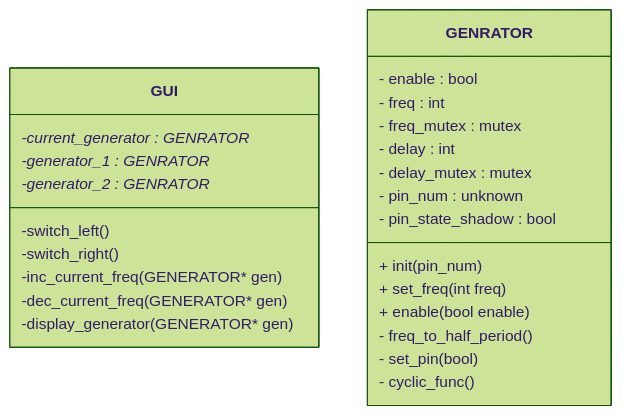
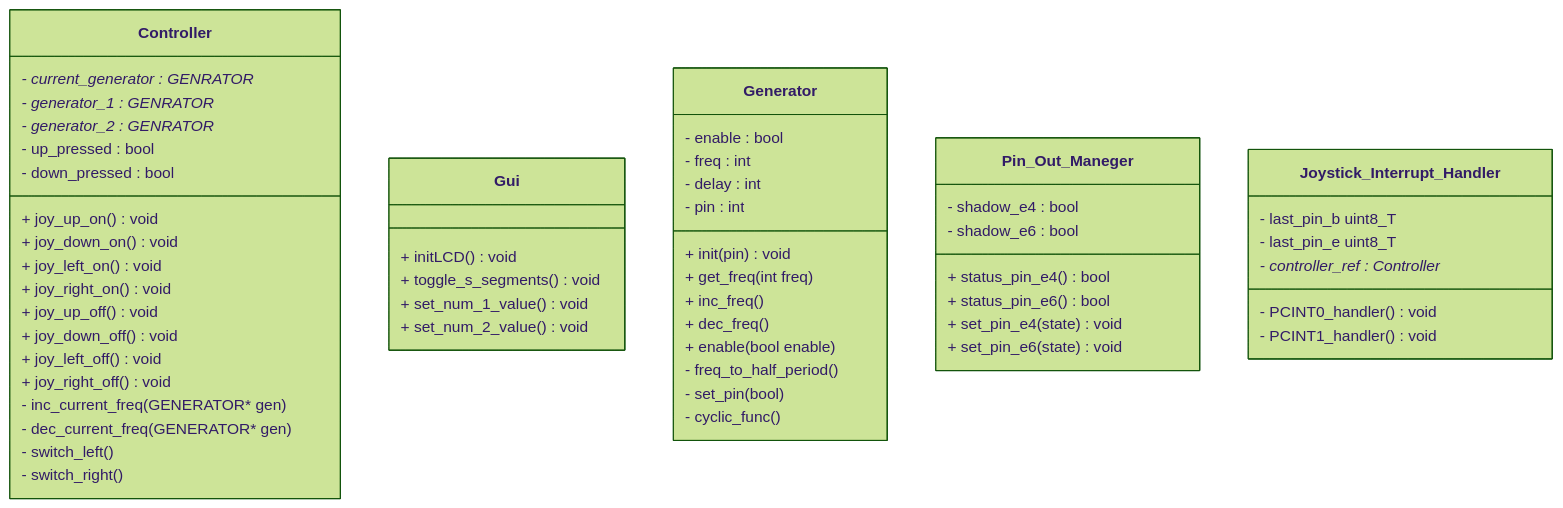
One commit to Spooky-Firefox/d0003e-lab-4 changed the diagram in readme.md. Above: the diagram before and after it, drawn with Mermaid (forest theme). The commit also changed other lines of this file, not shown here.

Commit message:
improved read me, still stuff to do

````diff
--- a/readme.md
+++ b/readme.md
@@ -21,30 +18,63 @@
 ```mermaid
 classDiagram
 
-    class GUI{
-        -current_generator : GENRATOR *
-        -generator_1 : GENRATOR *
-        -generator_2 : GENRATOR *
-        -switch_left()
-        -switch_right()
-        -inc_current_freq(GENERATOR* gen)
-        -dec_current_freq(GENERATOR* gen)
-        -display_generator(GENERATOR* gen)
+    class Controller {
+        - current_generator : GENRATOR *
+        - generator_1 : GENRATOR *
+        - generator_2 : GENRATOR *
+        - up_pressed : bool
+        - down_pressed : bool
+
+        + joy_up_on() void
+        + joy_down_on() void
+        + joy_left_on() void
+        + joy_right_on() void
+        + joy_up_off() void
+        + joy_down_off() void
+        + joy_left_off() void
+        + joy_right_off() void
+        - inc_current_freq(GENERATOR* gen)
+        - dec_current_freq(GENERATOR* gen)
+        - switch_left()
+        - switch_right()
+    }
+    
+    class Gui{
+        + initLCD() void
+        + toggle_s_segments() void
+        + set_num_1_value() void
+        + set_num_2_value() void
     }
 
-    class GENRATOR {
+    class Generator {
         - enable : bool
         - freq : int
-        - freq_mutex : mutex
         - delay : int
-        - delay_mutex : mutex
-        - pin_num : unknown
-        - pin_state_shadow : bool
-        + init(pin_num)
-        + set_freq(int freq)
+        - pin : int
+        + init(pin) void
+        + get_freq(int freq)
+        + inc_freq()
+        + dec_freq()
         + enable(bool enable)
         - freq_to_half_period()
         - set_pin(bool)
         - cyclic_func()
     }
+
+    class Pin_Out_Maneger {
+        - shadow_e4 : bool
+        - shadow_e6 : bool
+        + status_pin_e4() bool
+        + status_pin_e6() bool
+        + set_pin_e4(state) void
+        + set_pin_e6(state) void
+    }
+
+    class Joystick_Interrupt_Handler {
+        - last_pin_b uint8_T
+        - last_pin_e uint8_T
+        - controller_ref : Controller*
+        - PCINT0_handler() void
+        - PCINT1_handler() void
+    }
 ```
````
